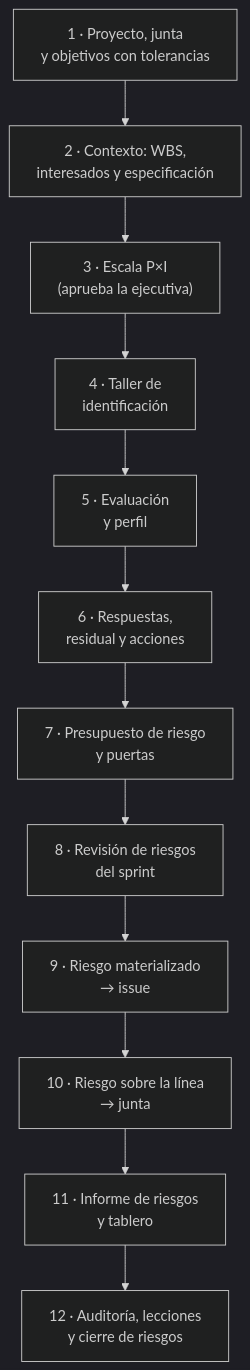
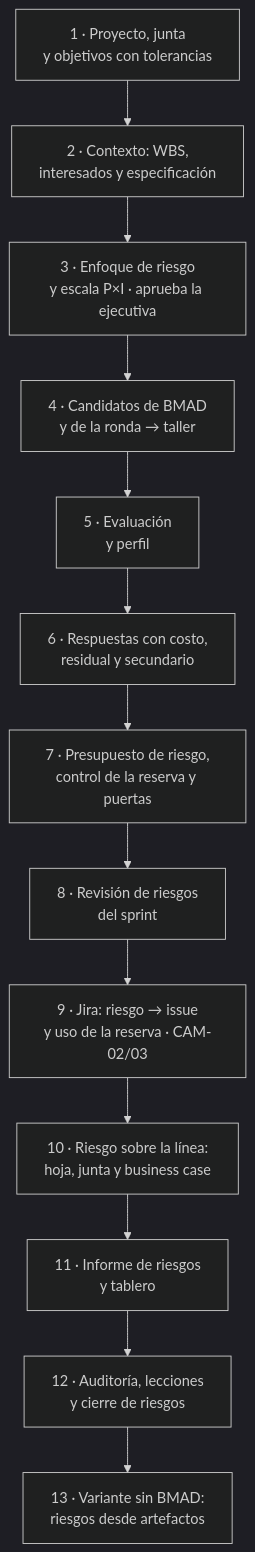
One commit to Arturo-Penas-Rial/pm-method changed the first of 4 diagrams in docs/guias/E2E-1-riesgos.md. Above: the diagram before and after it, drawn with Mermaid (dark theme). The commit also changed other lines of this file and 144 other files, not shown here.

Commit message:
pm-method 2.2.0: maestro de interesados, capa de canales, OKR v2.2, riesgos desde cuatro fuentes y controles permanentes

````diff
--- a/docs/guias/E2E-1-riesgos.md
+++ b/docs/guias/E2E-1-riesgos.md
@@ -15,9 +23,10 @@
 ```mermaid
 flowchart TB
     a["1 · Proyecto, junta<br/>y objetivos con tolerancias"] --> b["2 · Contexto: WBS,<br/>interesados y especificación"]
-    b --> c["3 · Escala P×I<br/>(aprueba la ejecutiva)"] --> d["4 · Taller de<br/>identificación"]
-    d --> e["5 · Evaluación<br/>y perfil"] --> f["6 · Respuestas,<br/>residual y acciones"]
-    f --> g["7 · Presupuesto de riesgo<br/>y puertas"] --> h["8 · Revisión de riesgos<br/>del sprint"]
-    h --> i["9 · Riesgo materializado<br/>→ issue"] --> j["10 · Riesgo sobre la línea<br/>→ junta"]
+    b --> c["3 · Enfoque de riesgo<br/>y escala P×I · aprueba la ejecutiva"] --> d["4 · Candidatos de BMAD<br/>y de la ronda → taller"]
+    d --> e["5 · Evaluación<br/>y perfil"] --> f["6 · Respuestas con costo,<br/>residual y secundario"]
+    f --> g["7 · Presupuesto de riesgo,<br/>control de la reserva y puertas"] --> h["8 · Revisión de riesgos<br/>del sprint"]
+    h --> i["9 · Jira: riesgo → issue<br/>y uso de la reserva · CAM-02/03"] --> j["10 · Riesgo sobre la línea:<br/>hoja, junta y business case"]
     j --> k["11 · Informe de riesgos<br/>y tablero"] --> l["12 · Auditoría, lecciones<br/>y cierre de riesgos"]
+    l --> m["13 · Variante sin BMAD:<br/>riesgos desde artefactos"]
 ```
````
